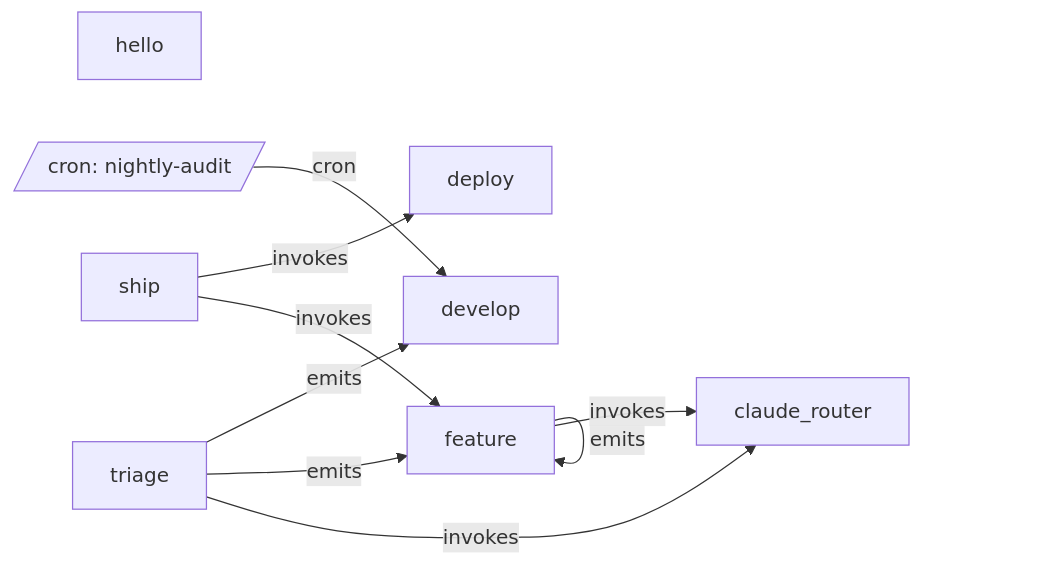
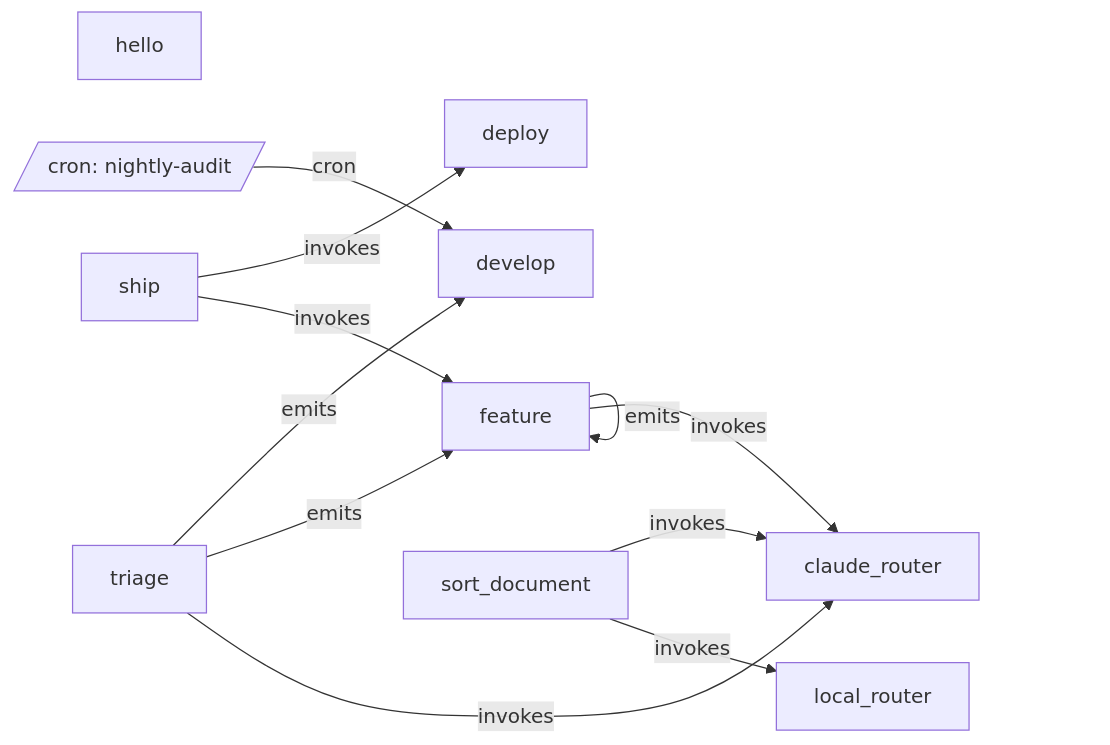
One commit to jtmckay/decree changed the diagram in mock/.decree/graph/system.md. Above: the diagram before and after it, drawn with Mermaid. The commit also changed other lines of this file and 56 other files, not shown here.

````diff
--- a/mock/.decree/graph/system.md
+++ b/mock/.decree/graph/system.md
@@ -13,19 +15,23 @@
 ```mermaid
 flowchart LR
     claude_router["claude_router"]
     deploy["deploy"]
     develop["develop"]
     feature["feature"]
     hello["hello"]
+    local_router["local_router"]
     ship["ship"]
+    sort_document["sort_document"]
     triage["triage"]
     cron__nightly_audit[/"cron: nightly-audit"/]
     cron__nightly_audit -->|cron| develop
     feature -->|emits| feature
     triage -->|emits| develop
     triage -->|emits| feature
     feature -->|invokes| claude_router
     ship -->|invokes| deploy
     ship -->|invokes| feature
+    sort_document -->|invokes| claude_router
+    sort_document -->|invokes| local_router
     triage -->|invokes| claude_router
 ```
````
